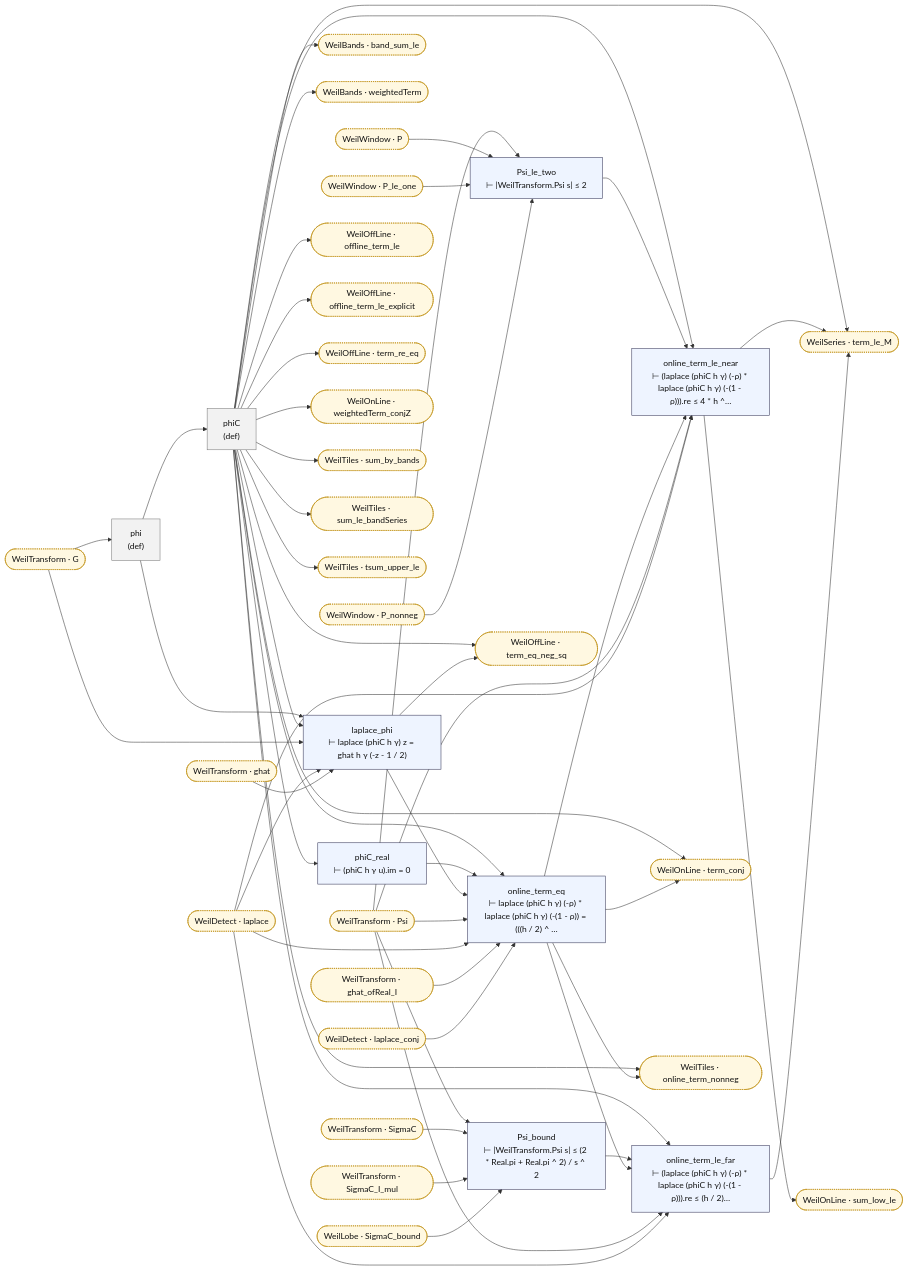
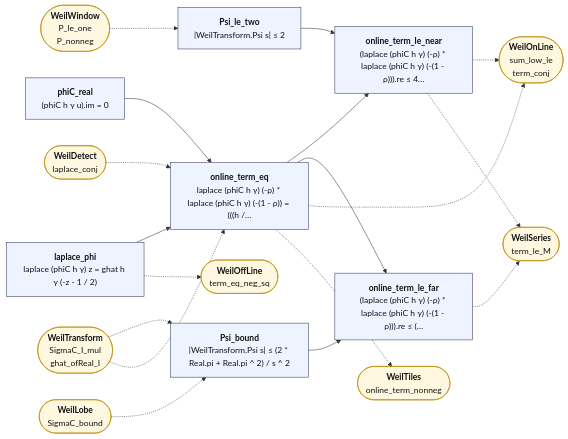
Before and after one commit to juliansambranojr/Primebeat_081426: the diagram in map/lean_stage3/WeilBackground.md, drawn with Mermaid. The commit also changed other lines of this file and 387 other files, not shown here.

````diff
--- a/map/lean_stage3/WeilBackground.md
+++ b/map/lean_stage3/WeilBackground.md
@@ -8,96 +12,40 @@
 ```mermaid
 flowchart LR
-  n0["phi<br/>(def)"]:::dfn
-  n1["phiC<br/>(def)"]:::dfn
-  n2["phiC_real<br/>⊢ (phiC h γ u).im = 0"]:::thm
-  n3["laplace_phi<br/>⊢ laplace (phiC h γ) z = ghat h γ (-z - 1 / 2)"]:::thm
-  n4["Psi_bound<br/>⊢ |WeilTransform.Psi s| ≤ (2 * Real.pi + Real.pi ^ 2) / s ^ 2"]:::thm
-  n5["Psi_le_two<br/>⊢ |WeilTransform.Psi s| ≤ 2"]:::thm
-  n6["online_term_eq<br/>⊢ laplace (phiC h γ) (-ρ) * laplace (phiC h γ) (-(1 - ρ)) = (((h / 2) ^ …"]:::thm
-  n7["online_term_le_near<br/>⊢ (laplace (phiC h γ) (-ρ) * laplace (phiC h γ) (-(1 - ρ))).re ≤ 4 * h ^…"]:::thm
-  n8["online_term_le_far<br/>⊢ (laplace (phiC h γ) (-ρ) * laplace (phiC h γ) (-(1 - ρ))).re ≤ (h / 2)…"]:::thm
-  x0(["WeilBands · band_sum_le"]):::ext
-  x1(["WeilBands · weightedTerm"]):::ext
-  x2(["WeilDetect · laplace"]):::ext
-  x3(["WeilDetect · laplace_conj"]):::ext
-  x4(["WeilLobe · SigmaC_bound"]):::ext
-  x5(["WeilOffLine · offline_term_le"]):::ext
-  x6(["WeilOffLine · offline_term_le_explicit"]):::ext
-  x7(["WeilOffLine · term_eq_neg_sq"]):::ext
-  x8(["WeilOffLine · term_re_eq"]):::ext
-  x9(["WeilOnLine · sum_low_le"]):::ext
-  x10(["WeilOnLine · term_conj"]):::ext
-  x11(["WeilOnLine · weightedTerm_conjZ"]):::ext
-  x12(["WeilSeries · term_le_M"]):::ext
-  x13(["WeilTiles · online_term_nonneg"]):::ext
-  x14(["WeilTiles · sum_by_bands"]):::ext
-  x15(["WeilTiles · sum_le_bandSeries"]):::ext
-  x16(["WeilTiles · tsum_upper_le"]):::ext
-  x17(["WeilTransform · G"]):::ext
-  x18(["WeilTransform · Psi"]):::ext
-  x19(["WeilTransform · SigmaC"]):::ext
-  x20(["WeilTransform · SigmaC_I_mul"]):::ext
-  x21(["WeilTransform · ghat"]):::ext
-  x22(["WeilTransform · ghat_ofReal_I"]):::ext
-  x23(["WeilWindow · P"]):::ext
-  x24(["WeilWindow · P_le_one"]):::ext
-  x25(["WeilWindow · P_nonneg"]):::ext
-  n0 --> n1
-  n0 --> n3
-  n1 --> n2
-  n1 --> n3
-  n1 --> n6
-  n1 --> n7
-  n1 --> n8
-  n1 --> x0
-  n1 --> x1
-  n1 --> x10
-  n1 --> x11
-  n1 --> x12
-  n1 --> x13
-  n1 --> x14
-  n1 --> x15
-  n1 --> x16
-  n1 --> x5
-  n1 --> x6
-  n1 --> x7
-  n1 --> x8
+  n0["<b>phiC_real</b><br/>(phiC h γ u).im = 0"]:::thm
+  n1["<b>laplace_phi</b><br/>laplace (phiC h γ) z = ghat h γ (-z - 1 / 2)"]:::thm
+  n2["<b>Psi_bound</b><br/>|WeilTransform.Psi s| ≤ (2 * Real.pi + Real.pi ^ 2) / s ^ 2"]:::thm
+  n3["<b>Psi_le_two</b><br/>|WeilTransform.Psi s| ≤ 2"]:::thm
+  n4["<b>online_term_eq</b><br/>laplace (phiC h γ) (-ρ) * laplace (phiC h γ) (-(1 - ρ)) = (((h /…"]:::thm
+  n5["<b>online_term_le_near</b><br/>(laplace (phiC h γ) (-ρ) * laplace (phiC h γ) (-(1 - ρ))).re ≤ 4…"]:::thm
+  n6["<b>online_term_le_far</b><br/>(laplace (phiC h γ) (-ρ) * laplace (phiC h γ) (-(1 - ρ))).re ≤ (…"]:::thm
+  x0(["<b>WeilOffLine</b><br/>term_eq_neg_sq"]):::ext
+  x1(["<b>WeilLobe</b><br/>SigmaC_bound"]):::ext
+  x2(["<b>WeilTransform</b><br/>SigmaC_I_mul<br/>ghat_ofReal_I"]):::ext
+  x3(["<b>WeilWindow</b><br/>P_le_one<br/>P_nonneg"]):::ext
+  x4(["<b>WeilDetect</b><br/>laplace_conj"]):::ext
+  x5(["<b>WeilOnLine</b><br/>sum_low_le<br/>term_conj"]):::ext
+  x6(["<b>WeilTiles</b><br/>online_term_nonneg"]):::ext
+  x7(["<b>WeilSeries</b><br/>term_le_M"]):::ext
+  n0 --> n4
+  n1 --> n4
   n2 --> n6
-  n3 --> n6
-  n3 --> x7
-  n4 --> n8
-  n5 --> n7
-  n6 --> n7
-  n6 --> n8
-  n6 --> x10
-  n6 --> x13
-  n7 --> x12
-  n7 --> x9
-  n8 --> x12
-  x17 --> n0
-  x17 --> n3
-  x18 --> n4
-  x18 --> n5
-  x18 --> n6
-  x18 --> n7
-  x18 --> n8
-  x19 --> n4
-  x2 --> n3
-  x2 --> n6
-  x2 --> n7
-  x2 --> n8
-  x20 --> n4
-  x21 --> n3
-  x22 --> n6
-  x23 --> n5
-  x24 --> n5
-  x25 --> n5
-  x3 --> n6
-  x4 --> n4
+  n3 --> n5
+  n4 --> n5
+  n4 --> n6
+  n1 -.-> x0
+  n4 -.-> x5
+  n4 -.-> x6
+  n5 -.-> x5
+  n5 -.-> x7
+  n6 -.-> x7
+  x1 -.-> n2
+  x2 -.-> n2
+  x2 -.-> n4
+  x3 -.-> n3
+  x4 -.-> n4
   classDef thm fill:#eef4ff,stroke:#335,color:#111
-  classDef dfn fill:#f2f2f2,stroke:#777,color:#111
   classDef end_ fill:#e7f7e7,stroke:#2a7,color:#111,stroke-width:2px
   classDef lone fill:#fff,stroke:#999,color:#111,stroke-dasharray:4 3
   classDef bad fill:#ffe5e5,stroke:#c22,color:#111,stroke-width:2px
-  classDef ext fill:#fff8e1,stroke:#b80,color:#111,stroke-dasharray:2 2
+  classDef ext fill:#fff8e1,stroke:#b80,color:#111
 ```
````
